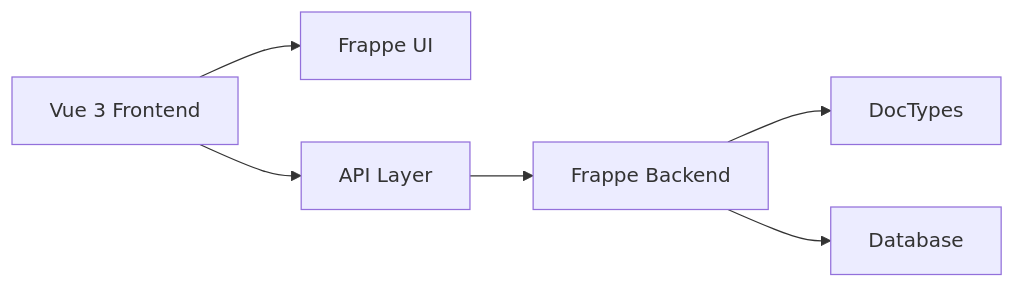
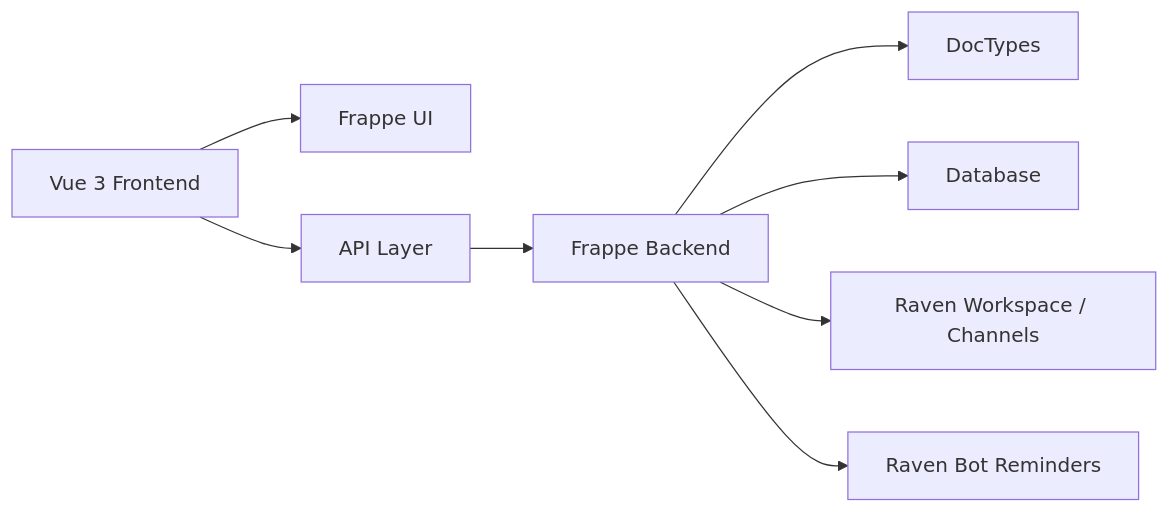
One commit to parasgogia-del/project_management changed the seventh of 10 diagrams in frontend/README.md. Above: the diagram before and after it, drawn with Mermaid. The commit also changed other lines of this file, not shown here.

````diff
--- a/frontend/README.md
+++ b/frontend/README.md
@@ -236,8 +239,10 @@
 ```mermaid
 flowchart LR
     A[Vue 3 Frontend] --> B[Frappe UI]
     A --> C[API Layer]
     C --> D[Frappe Backend]
     D --> E[DocTypes]
     D --> F[Database]
+    D --> G[Raven Workspace / Channels]
+    D --> H[Raven Bot Reminders]
 ```
````
